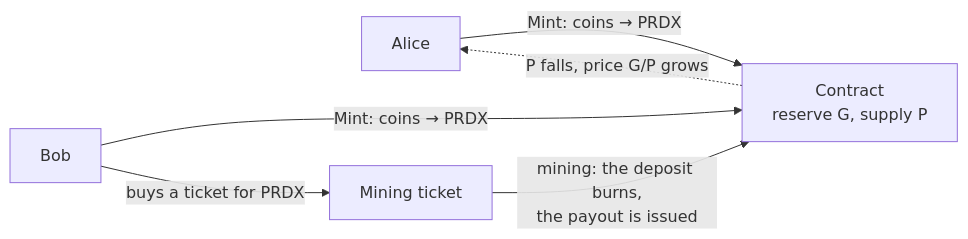
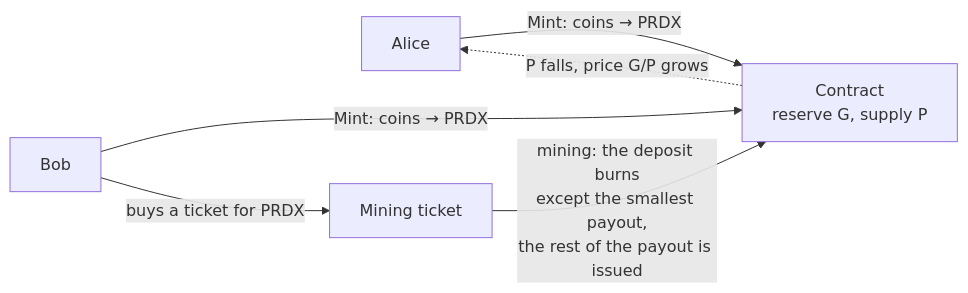
The first of 4 diagrams in en/docs.md (prdx-admin/prdx-docs), drawn with Mermaid before and after one commit. The commit also changed other lines of this file and 1 other file, not shown here.

Commit message:
docs: mining burns the deposit except the smallest payout; the payout above it is issued

````diff
--- a/en/docs.md
+++ b/en/docs.md
@@ -90,8 +90,8 @@
 ```mermaid
 flowchart LR
     A["Alice"] -->|"Mint: coins → PRDX"| C["Contract<br/>reserve G, supply P"]
     B["Bob"] -->|"Mint: coins → PRDX"| C
     B -->|"buys a ticket for PRDX"| T["Mining ticket"]
-    T -->|"mining: the deposit burns,<br/>the payout is issued"| C
+    T -->|"mining: the deposit burns<br/>except the smallest payout,<br/>the rest of the payout is issued"| C
     C -.->|"P falls, price G/P grows"| A
 ```
````
